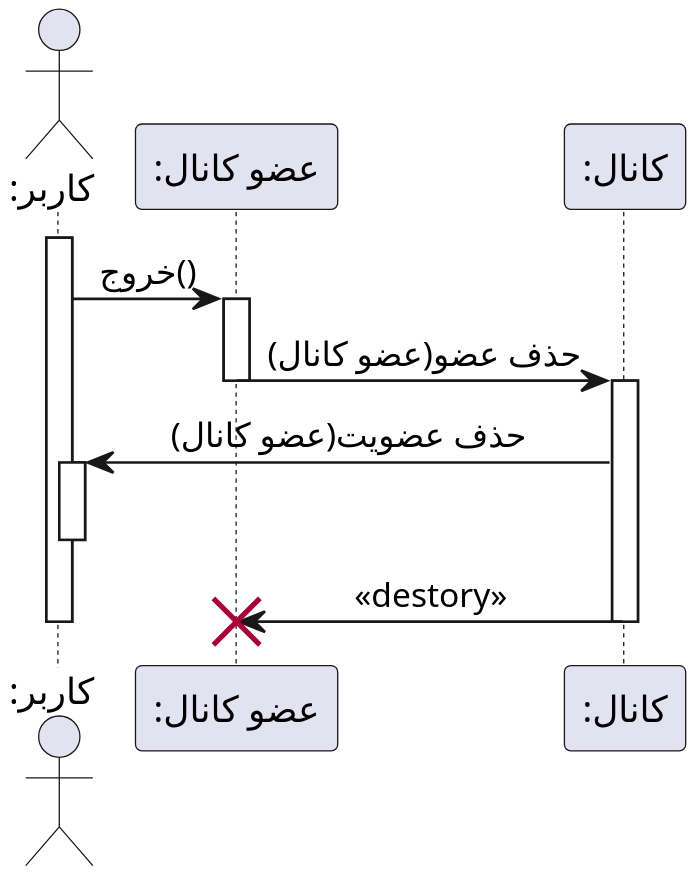
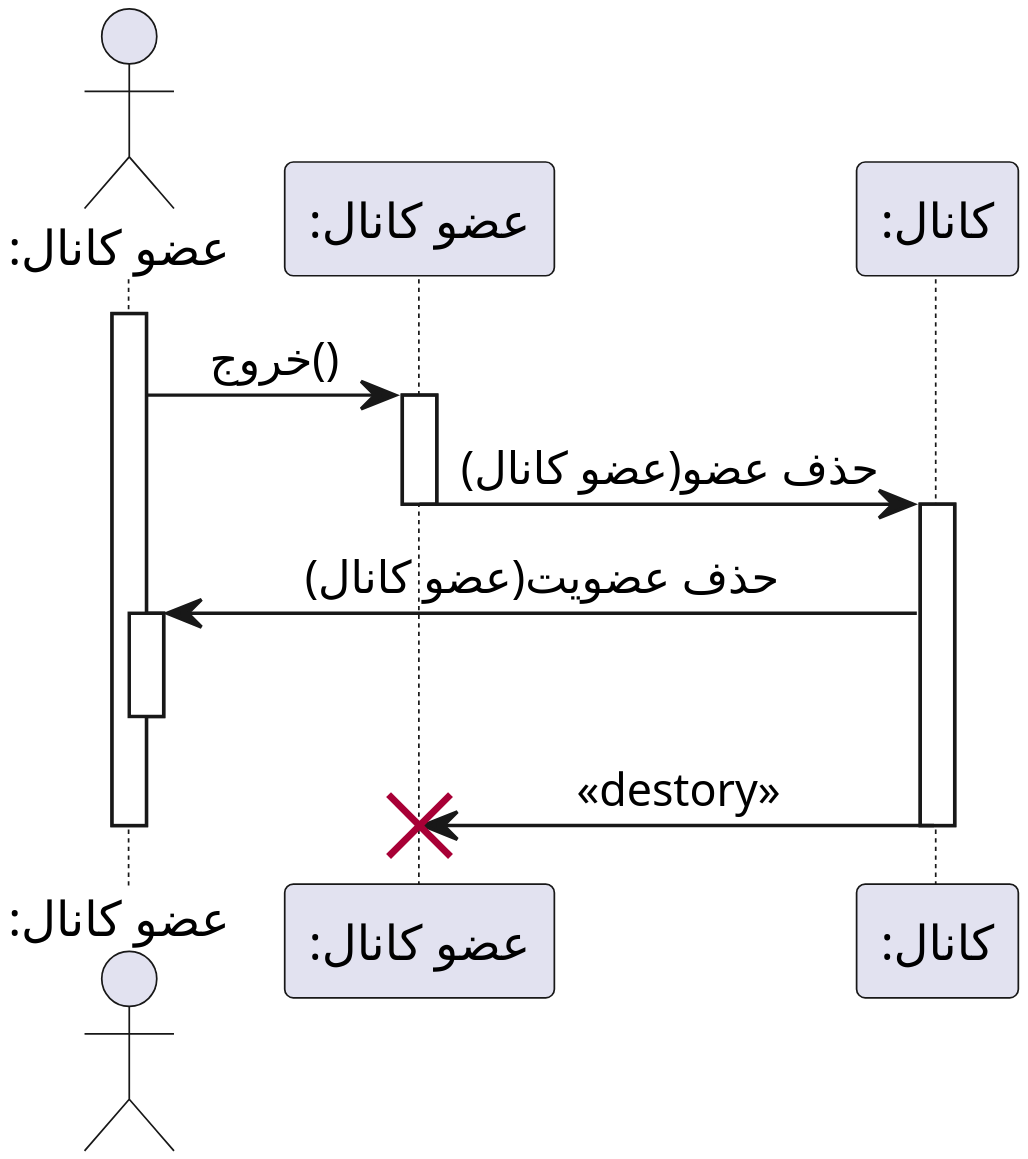
One commit to soleyman79/Qasedak changed the diagram in Diagrams/Analysis Sequence/LeaveChanel.puml. Above: the diagram before and after it, drawn with PlantUML. The commit also changed 1 other file, not shown here.

Commit message:
Add leave chanel

```diff
--- a/Diagrams/Analysis Sequence/LeaveChanel.puml
+++ b/Diagrams/Analysis Sequence/LeaveChanel.puml
@@ -1,26 +1,27 @@
 @startuml leave_chanel
 
 
-scale 3
+scale 4
 skinparam DefaultFontName Vazir
 skinparam DefaultTextAlignment center
 
 
-actor ":کاربر" as user
-participant ":عضو کانال" as member
+actor ":عضو کانال" as member
+participant ":عضو کانال" as memberObj
 participant ":کانال" as chanel
 
-activate user
-user -> member : خروج()
 activate member
-member -> chanel : حذف عضو(عضو کانال)
+member -> memberObj: خروج()
+activate memberObj
+memberObj -> chanel: حذف عضو(عضو کانال)
+deactivate memberObj
+activate chanel
+chanel -> member: حذف عضویت(عضو کانال)
+activate member
 deactivate member
-activate chanel
-chanel -> user : حذف عضویت(عضو کانال)
-activate user
-deactivate user
-chanel -> member !! : «destory»
-deactivate user
+chanel -> memberObj !!: «destory»
+deactivate member
 deactivate chanel
 
+
 @enduml
```
